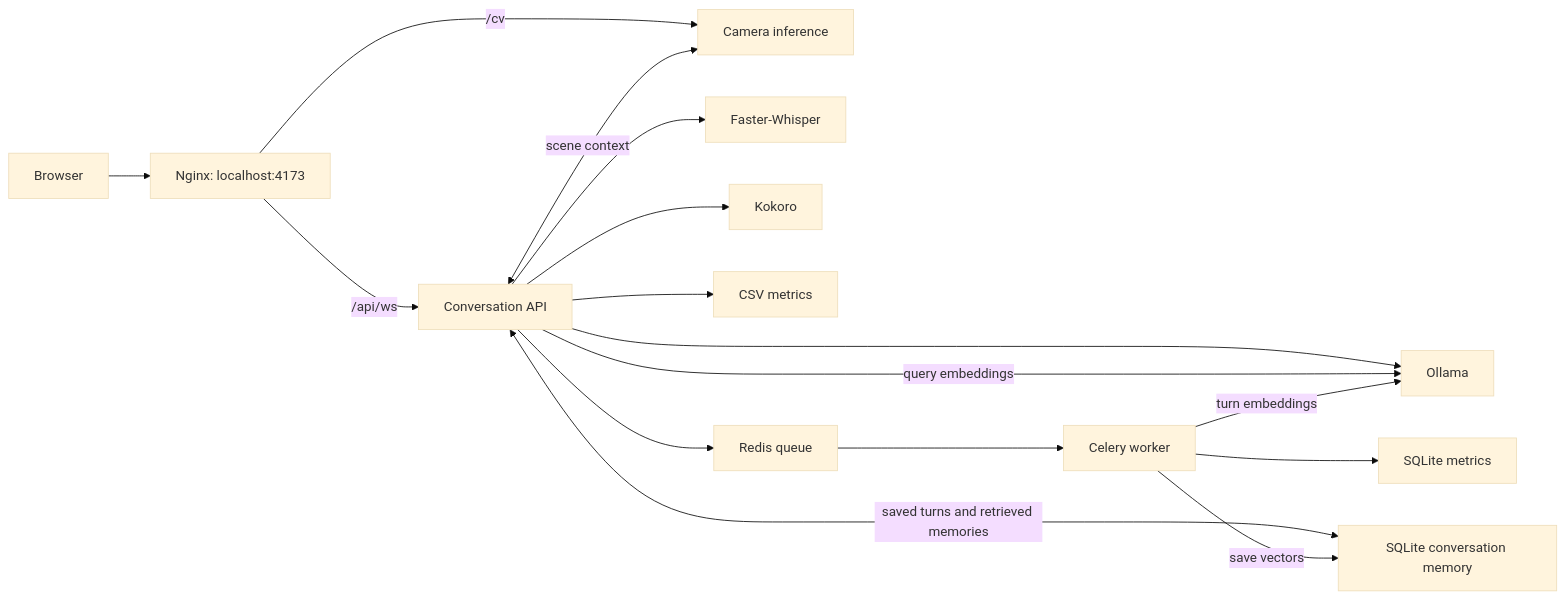
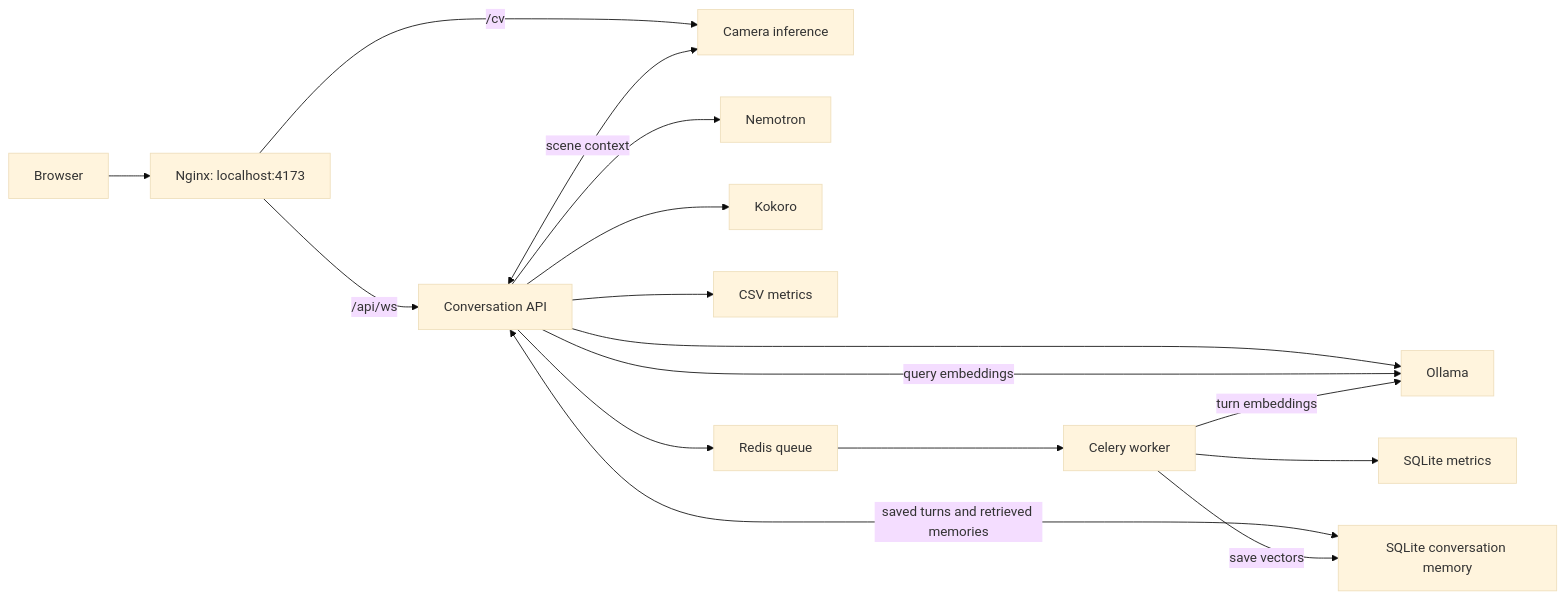
The diagram in README.md (Dhanush-S-Gowda/virtual-human), drawn with Mermaid (base theme) before and after one commit. The commit also changed other lines of this file, not shown here.

Commit message:
Document Nemotron Compose setup and validation

````diff
--- a/README.md
+++ b/README.md
@@ -82,18 +91,18 @@
 ```mermaid
 flowchart LR
     Browser[Browser] --> Web[Nginx: localhost:4173]
     Web -->|/api/ws| API[Conversation API]
     Web -->|/cv| CV[Camera inference]
-    API --> STT[Faster-Whisper]
+    API --> STT[Nemotron]
     API --> LLM[Ollama]
     API --> TTS[Kokoro]
     API <-->|scene context| CV
     API --> CSV[CSV metrics]
     API --> Redis[Redis queue]
     Redis --> Worker[Celery worker]
     Worker --> MetricsDB[SQLite metrics]
     API <-->|saved turns and retrieved memories| MemoryDB[SQLite conversation memory]
     API -->|query embeddings| LLM
     Worker -->|turn embeddings| LLM
     Worker -->|save vectors| MemoryDB
 ```
````
